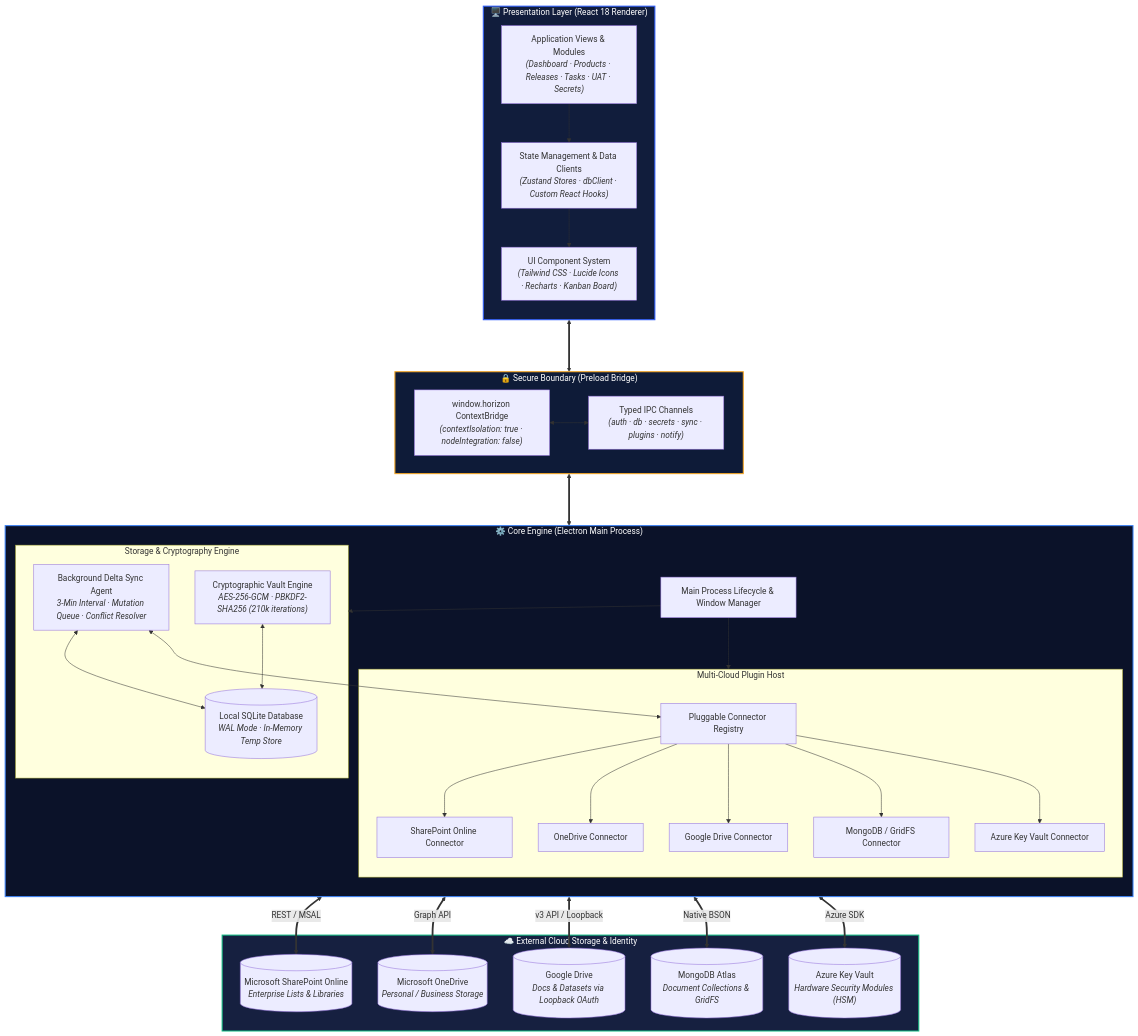
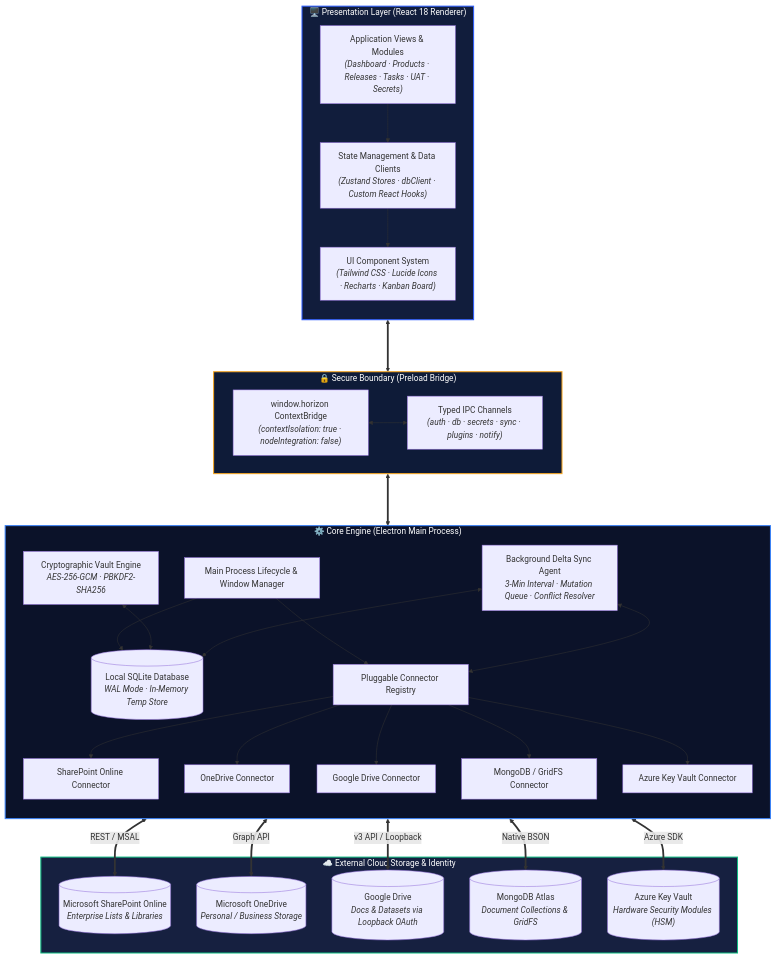
Before and after one commit to HumanNai/Horizon: the first of 2 diagrams in README.md, drawn with Mermaid. The commit also changed other lines of this file, not shown here.

Commit message:
fix(docs): resolve Mermaid cyclic subgraph error in project structure

````diff
--- a/README.md
+++ b/README.md
@@ -77,77 +77,72 @@
 ```mermaid
 flowchart TB
     subgraph UI["🖥️ Presentation Layer (React 18 Renderer)"]
         direction TB
         AppView["Application Views & Modules<br/><i>(Dashboard · Products · Releases · Tasks · UAT · Secrets)</i>"]
         StateManagement["State Management & Data Clients<br/><i>(Zustand Stores · dbClient · Custom React Hooks)</i>"]
         Components["UI Component System<br/><i>(Tailwind CSS · Lucide Icons · Recharts · Kanban Board)</i>"]
         AppView --> StateManagement
         StateManagement --> Components
     end
 
     subgraph Bridge["🔒 Secure Boundary (Preload Bridge)"]
         direction LR
         ContextBridge["window.horizon ContextBridge<br/><i>(contextIsolation: true · nodeIntegration: false)</i>"]
         IPCRoutes["Typed IPC Channels<br/><i>(auth · db · secrets · sync · plugins · notify)</i>"]
         ContextBridge <--> IPCRoutes
     end
 
     subgraph MainProcess["⚙️ Core Engine (Electron Main Process)"]
         direction TB
         MainApp["Main Process Lifecycle & Window Manager"]
-        
-        subgraph StorageCore["Storage & Cryptography Engine"]
-            SQLite[("Local SQLite Database<br/><i>WAL Mode · In-Memory Temp Store</i>")]
-            Vault["Cryptographic Vault Engine<br/><i>AES-256-GCM · PBKDF2-SHA256 (210k iterations)</i>"]
-            SyncAgent["Background Delta Sync Agent<br/><i>3-Min Interval · Mutation Queue · Conflict Resolver</i>"]
-        end
+        SQLite[("Local SQLite Database<br/><i>WAL Mode · In-Memory Temp Store</i>")]
+        Vault["Cryptographic Vault Engine<br/><i>AES-256-GCM · PBKDF2-SHA256</i>"]
+        SyncAgent["Background Delta Sync Agent<br/><i>3-Min Interval · Mutation Queue · Conflict Resolver</i>"]
+        PluginHost["Pluggable Connector Registry"]
 
-        subgraph PluginSystem["Multi-Cloud Plugin Host"]
-            PluginHost["Pluggable Connector Registry"]
-            P_SP["SharePoint Online Connector"]
-            P_OD["OneDrive Connector"]
-            P_GD["Google Drive Connector"]
-            P_MG["MongoDB / GridFS Connector"]
-            P_AKV["Azure Key Vault Connector"]
-            
-            PluginHost --> P_SP
-            PluginHost --> P_OD
-            PluginHost --> P_GD
-            PluginHost --> P_MG
-            PluginHost --> P_AKV
-        end
+        P_SP["SharePoint Online Connector"]
+        P_OD["OneDrive Connector"]
+        P_GD["Google Drive Connector"]
+        P_MG["MongoDB / GridFS Connector"]
+        P_AKV["Azure Key Vault Connector"]
 
-        MainApp --> StorageCore
-        MainApp --> PluginSystem
+        MainApp --> SQLite
+        MainApp --> PluginHost
+        Vault <--> SQLite
         SyncAgent <--> SQLite
         SyncAgent <--> PluginHost
-        Vault <--> SQLite
+
+        PluginHost --> P_SP
+        PluginHost --> P_OD
+        PluginHost --> P_GD
+        PluginHost --> P_MG
+        PluginHost --> P_AKV
     end
 
     subgraph Cloud["☁️ External Cloud Storage & Identity"]
         C_SP[("Microsoft SharePoint Online<br/><i>Enterprise Lists & Libraries</i>")]
         C_OD[("Microsoft OneDrive<br/><i>Personal / Business Storage</i>")]
         C_GD[("Google Drive<br/><i>Docs & Datasets via Loopback OAuth</i>")]
         C_MG[("MongoDB Atlas<br/><i>Document Collections & GridFS</i>")]
         C_AKV[("Azure Key Vault<br/><i>Hardware Security Modules (HSM)</i>")]
     end
 
-    UI <===> Bridge
-    Bridge <===> MainProcess
+    StateManagement <===> ContextBridge
+    IPCRoutes <===> MainApp
 
     P_SP <==>|"REST / MSAL"| C_SP
     P_OD <==>|"Graph API"| C_OD
     P_GD <==>|"v3 API / Loopback"| C_GD
     P_MG <==>|"Native BSON"| C_MG
     P_AKV <==>|"Azure SDK"| C_AKV
 
     classDef uiLayer fill:#111d3c,stroke:#2E5EFF,stroke-width:2px,color:#ffffff;
     classDef bridgeLayer fill:#0e1b38,stroke:#F5A623,stroke-width:2px,color:#ffffff;
     classDef mainLayer fill:#0B1229,stroke:#3b82f6,stroke-width:2px,color:#ffffff;
     classDef cloudLayer fill:#162040,stroke:#10b981,stroke-width:2px,color:#ffffff;
 
     class UI uiLayer;
     class Bridge bridgeLayer;
     class MainProcess mainLayer;
     class Cloud cloudLayer;
 ```
````
